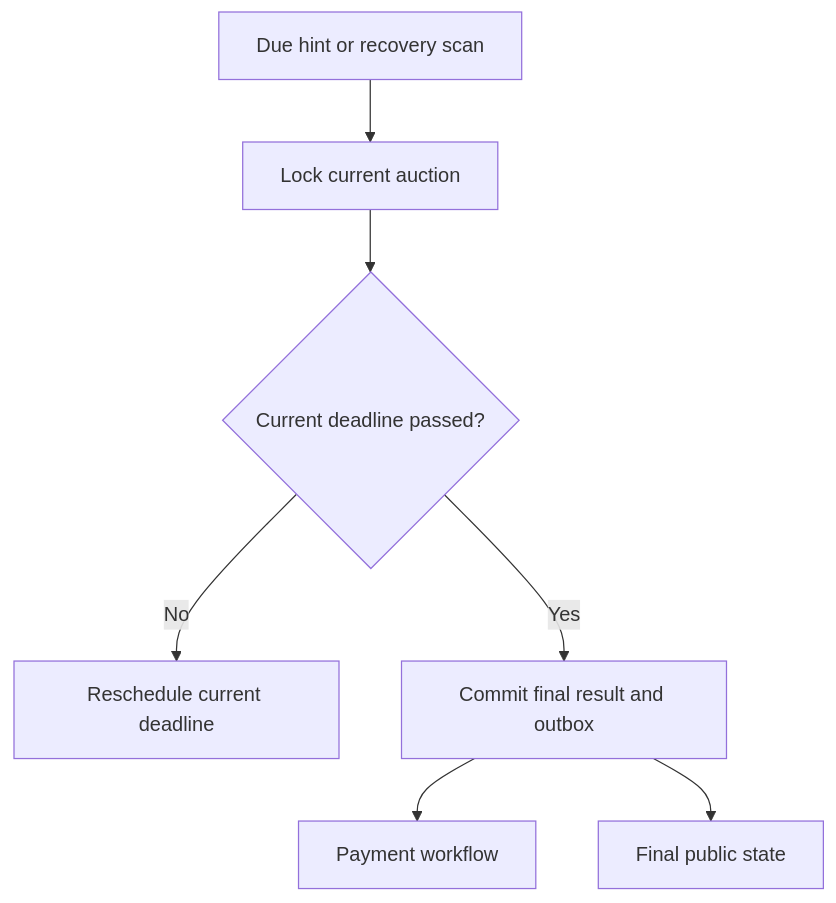
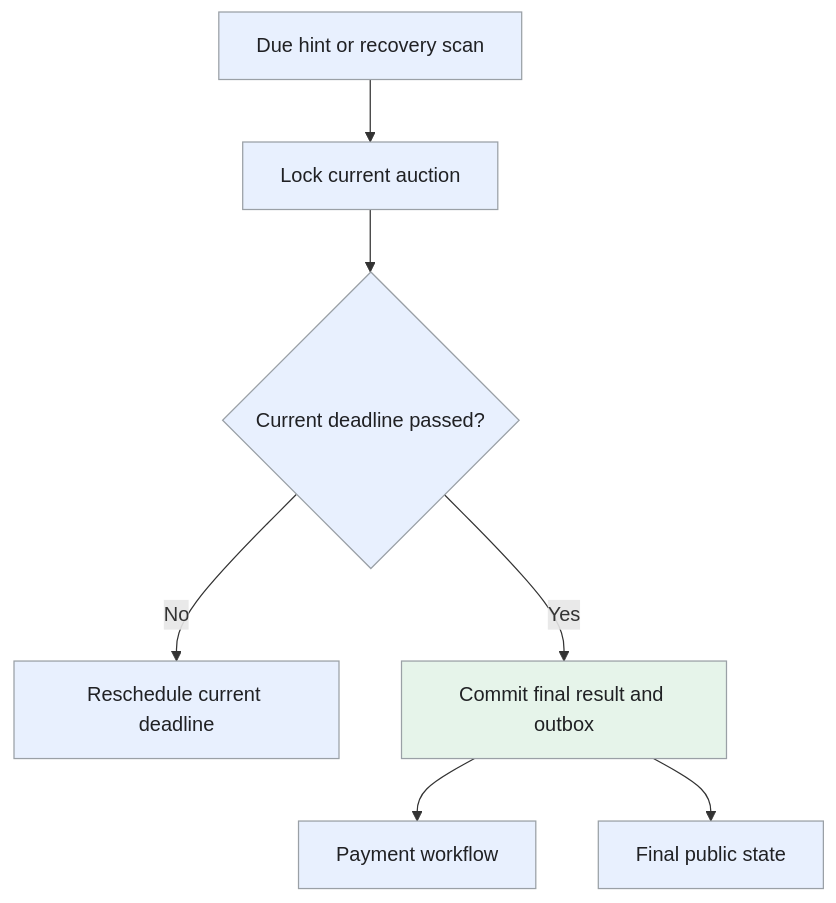
One commit to iliazlobin/iliazlobin.github.io changed the fourth of 4 diagrams in _designs/online-auction.md. Above: the diagram before and after it, drawn with Mermaid. The commit also changed other lines of this file and 20 other files, not shown here.

Commit message:
Improve design flows, tradeoffs, and technology references

````diff
--- a/_designs/online-auction.md
+++ b/_designs/online-auction.md
@@ -271,9 +322,14 @@
 ```mermaid
 flowchart TB
   H["Due hint or recovery scan"] --> L["Lock current auction"]
   L --> D{"Current deadline passed?"}
   D -->|"No"| R["Reschedule current deadline"]
   D -->|"Yes"| F["Commit final result and outbox"]
   F --> P["Payment workflow"]
   F --> N["Final public state"]
+  classDef request fill:#e8f0fe,stroke:#9aa0a6,color:#202124,stroke-width:1px
+  classDef background fill:#e6f4ea,stroke:#9aa0a6,color:#202124,stroke-width:1px
+  classDef control fill:#fef7e0,stroke:#9aa0a6,color:#202124,stroke-width:1px
+  class H,L,D,R,P,N request
+  class F background
 ```
````
